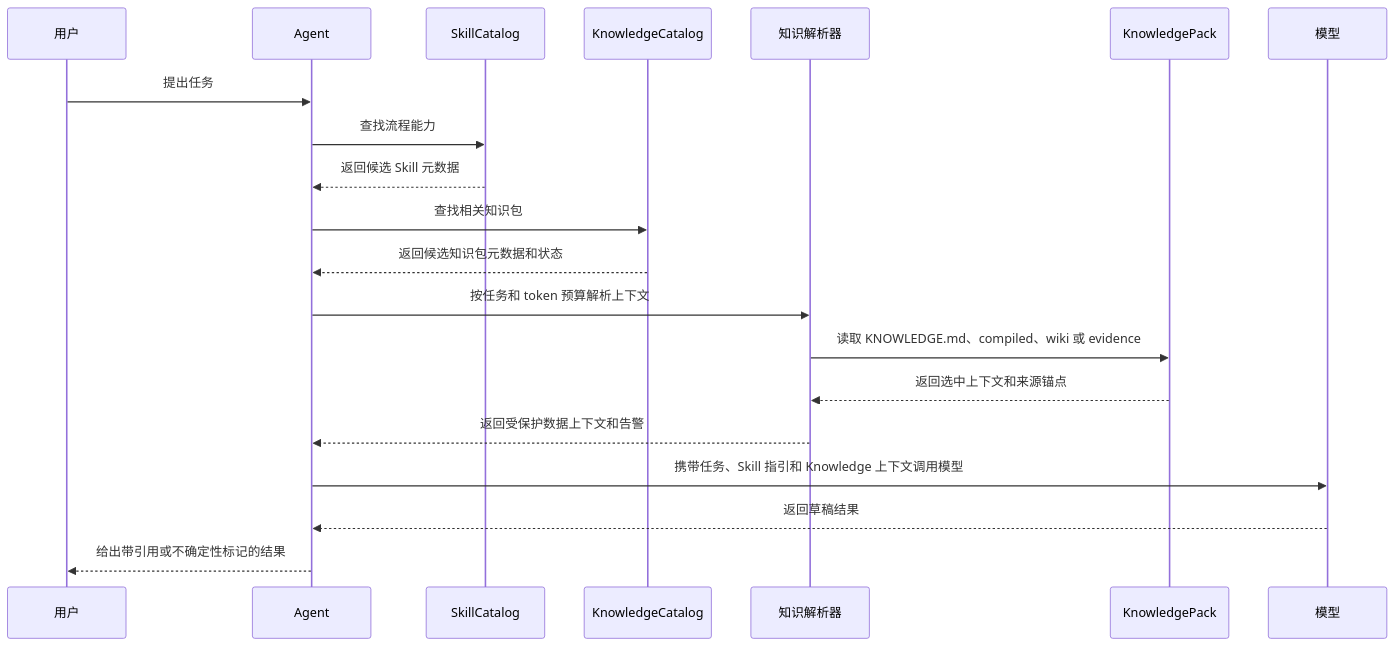
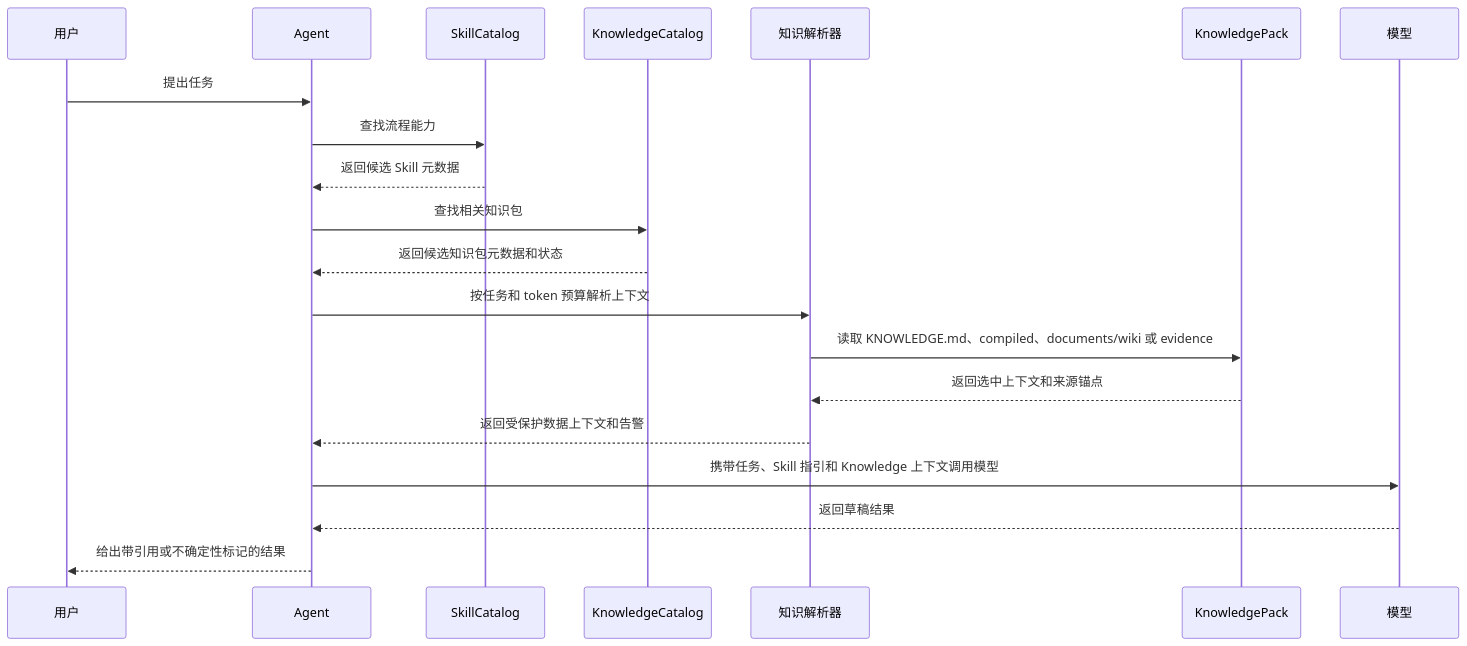
Before and after one commit to limecloud/agentknowledge: the fourth of 4 diagrams in docs/zh/agent-knowledge-vs-skills.md, drawn with Mermaid. The commit also changed other lines of this file and 60 other files, not shown here.

````diff
--- a/docs/zh/agent-knowledge-vs-skills.md
+++ b/docs/zh/agent-knowledge-vs-skills.md
@@ -126,23 +131,23 @@
 ```mermaid
 sequenceDiagram
   participant User as 用户
   participant Agent
   participant SkillCatalog
   participant KnowledgeCatalog
   participant Resolver as 知识解析器
   participant Pack as KnowledgePack
   participant Model as 模型
 
   User->>Agent: 提出任务
   Agent->>SkillCatalog: 查找流程能力
   SkillCatalog-->>Agent: 返回候选 Skill 元数据
   Agent->>KnowledgeCatalog: 查找相关知识包
   KnowledgeCatalog-->>Agent: 返回候选知识包元数据和状态
   Agent->>Resolver: 按任务和 token 预算解析上下文
-  Resolver->>Pack: 读取 KNOWLEDGE.md、compiled、wiki 或 evidence
+  Resolver->>Pack: 读取 KNOWLEDGE.md、compiled、documents/wiki 或 evidence
   Pack-->>Resolver: 返回选中上下文和来源锚点
   Resolver-->>Agent: 返回受保护数据上下文和告警
   Agent->>Model: 携带任务、Skill 指引和 Knowledge 上下文调用模型
   Model-->>Agent: 返回草稿结果
   Agent-->>User: 给出带引用或不确定性标记的结果
 ```
````
